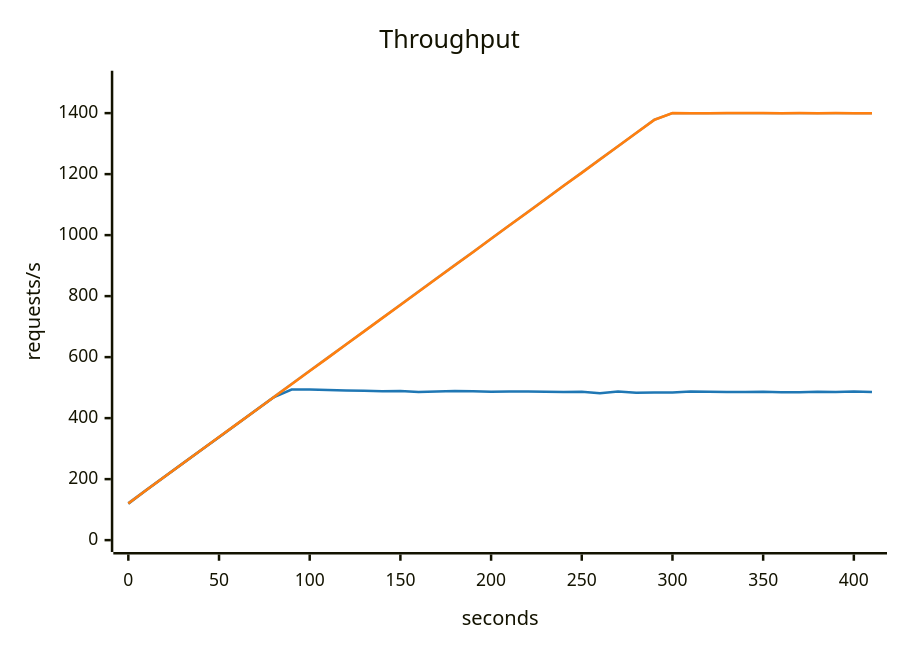
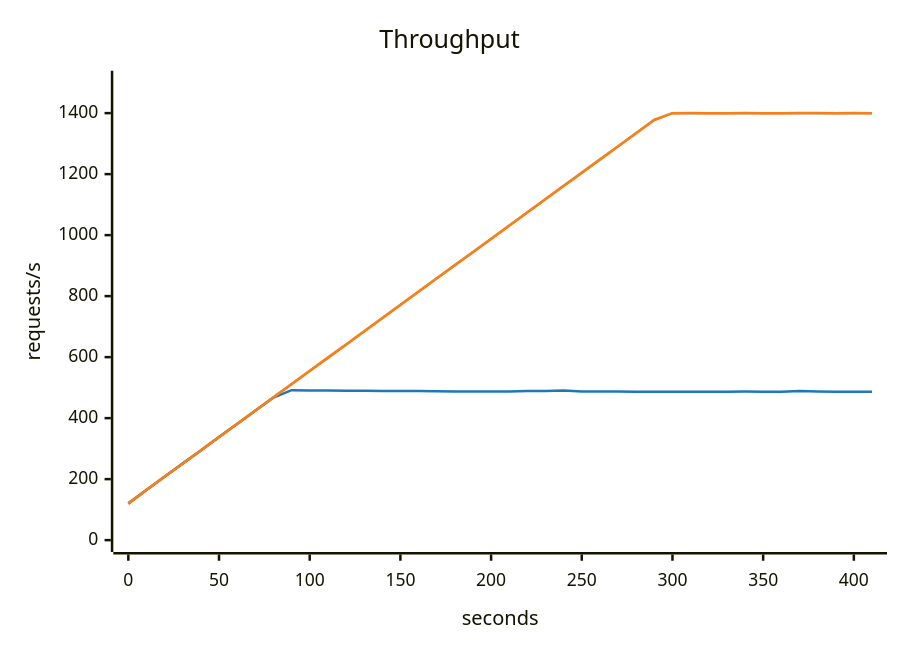
Before and after one commit to akinfemi/load-lore: the first of 2 diagrams in scenarios/connection-pool-trap/solutions/pgbouncer/compare.md, drawn with Mermaid. The commit also changed other lines of this file and 71 other files, not shown here.

````diff
--- a/scenarios/connection-pool-trap/solutions/pgbouncer/compare.md
+++ b/scenarios/connection-pool-trap/solutions/pgbouncer/compare.md
@@ -33,16 +33,16 @@
 ```mermaid
 ---
 config:
   themeVariables:
     xyChart:
       backgroundColor: "transparent"
       plotColorPalette: "#9e9e9e, #1f77b4, #ff7f0e"
 ---
 xychart-beta
     title "Throughput"
     x-axis "seconds" 0 --> 410
     y-axis "requests/s" 0 --> 1500
     line [121.667, 165, 208.333, 251.667, 295, 338.333, 381.667, 425, 468.333, 511.667, 555, 598.333, 641.667, 685, 728.333, 771.667, 815, 858.333, 901.667, 945, 988.333, 1031.667, 1075, 1118.333, 1161.667, 1205, 1248.333, 1291.667, 1335, 1378.333, 1400, 1400, 1400, 1400, 1400, 1400, 1400, 1400, 1400, 1400, 1400, 1400]
-    line [119.592, 164.246, 207.797, 251.041, 294.32, 337.507, 381.091, 424.285, 467.662, 493.769, 493.693, 491.992, 490.523, 489.764, 488.294, 488.761, 485.526, 486.92, 489.085, 488.216, 486.875, 487.263, 487.382, 486.313, 485.554, 486.855, 481.213, 487.307, 483.548, 484.048, 484.382, 487.596, 486.793, 485.421, 485.5, 486.347, 485.007, 484.619, 486.766, 485.707, 487.497, 485.39]
-    line [120.078, 164.341, 207.89, 251.091, 294.374, 337.79, 381.132, 424.445, 467.794, 511.186, 554.73, 597.508, 641.161, 684.442, 727.84, 771.031, 814.492, 857.857, 901.344, 944.124, 987.918, 1031.207, 1074.436, 1117.68, 1161.502, 1204.115, 1247.886, 1291.141, 1334.517, 1377.638, 1400.21, 1399.876, 1399.872, 1400.035, 1400.035, 1400.219, 1399.821, 1400.014, 1399.759, 1400.369, 1399.864, 1399.986]
+    line [119.518, 164.145, 207.753, 250.938, 294.074, 337.751, 380.898, 424.377, 467.598, 491.568, 490.745, 490.314, 489.754, 489.605, 488.672, 489.001, 488.659, 488.277, 487.042, 487.33, 487.418, 486.921, 489.051, 488.655, 490.243, 487.106, 487.15, 487.274, 486.248, 486.733, 486.107, 486.435, 486.615, 486.738, 486.98, 486.472, 486.712, 489.068, 487.18, 486.481, 486.869, 486.332]
+    line [118.887, 164.104, 207.516, 250.706, 294.147, 337.419, 380.86, 424.102, 467.464, 510.774, 554.139, 597.528, 640.838, 684.04, 727.552, 770.736, 814.116, 857.444, 901.181, 943.577, 987.617, 1030.871, 1074.172, 1117.359, 1161, 1203.982, 1247.497, 1290.733, 1334.103, 1377.452, 1399.971, 1400.25, 1399.906, 1399.851, 1400.3, 1399.84, 1399.919, 1400.047, 1400.032, 1399.858, 1400.076, 1399.999]
 ```
````
